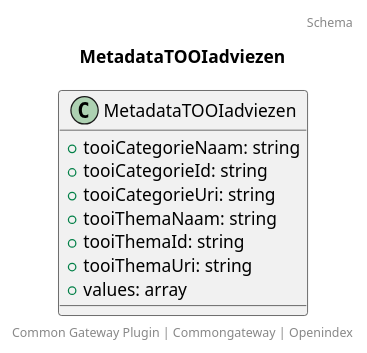
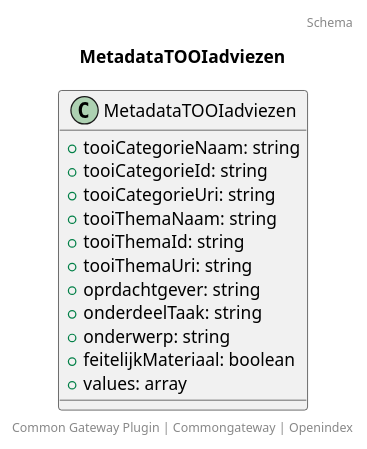
The diagram in docs/schema/metadata.tooi_adviezen.puml (CommonGateway/OpenIndex), drawn with PlantUML before and after one commit. The commit also changed 6 other files, not shown here.

```diff
--- a/docs/schema/metadata.tooi_adviezen.puml
+++ b/docs/schema/metadata.tooi_adviezen.puml
@@ -1,15 +1,19 @@
 @startuml
 title: MetadataTOOIadviezen
 footer: Common Gateway Plugin | Commongateway | Openindex 
 header: Schema
 
 class MetadataTOOIadviezen {
   + tooiCategorieNaam: string
   + tooiCategorieId: string
   + tooiCategorieUri: string
   + tooiThemaNaam: string
   + tooiThemaId: string
   + tooiThemaUri: string
+  + oprdachtgever: string
+  + onderdeelTaak: string
+  + onderwerp: string
+  + feitelijkMateriaal: boolean
   + values: array
 }
 @enduml
```
